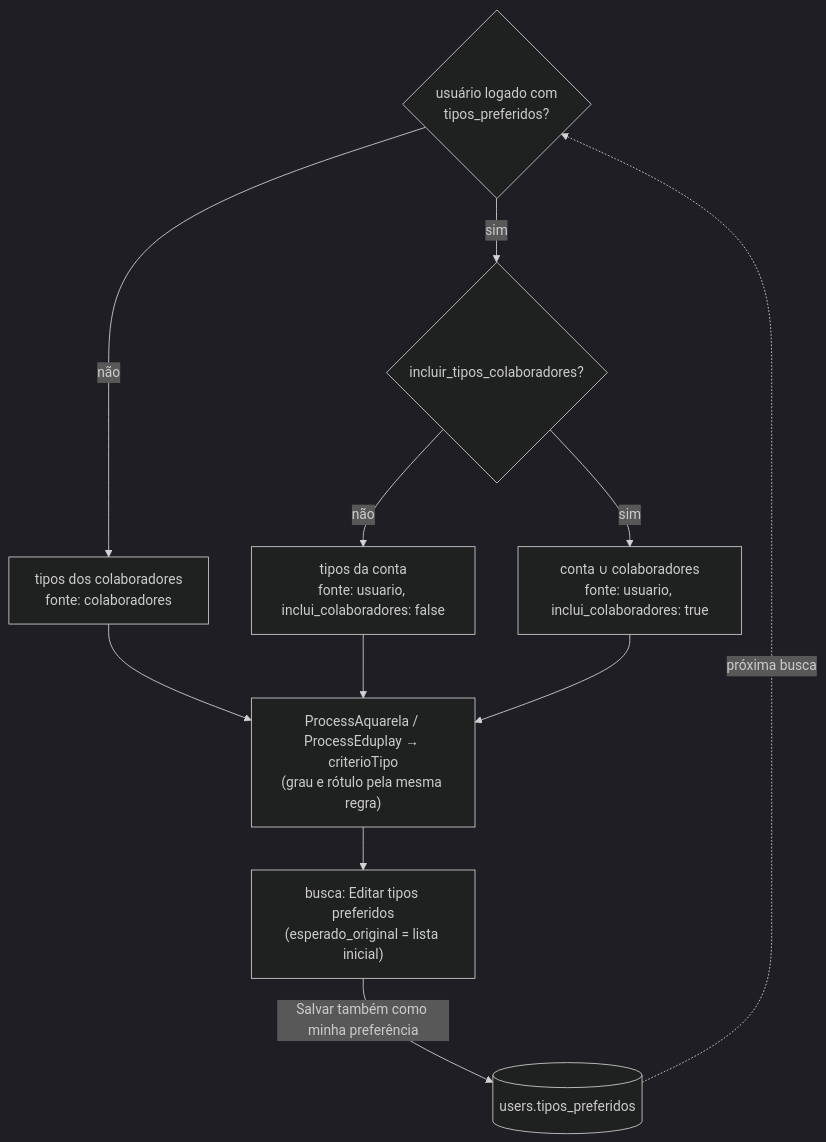
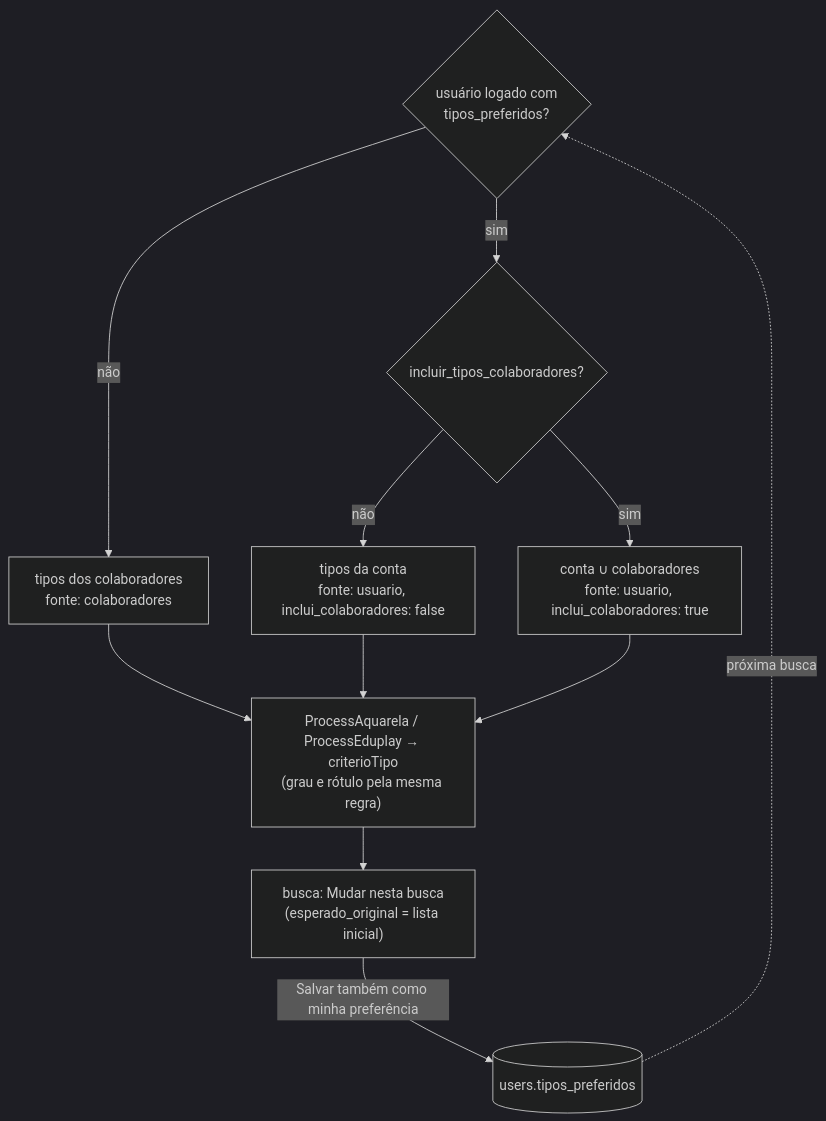
Before and after one commit to razimbrao/sis-read: the ninth of 9 diagrams in docs/plano-escrutabilidade.md, drawn with Mermaid (dark theme). The commit also changed other lines of this file and 11 other files, not shown here.

````diff
--- a/docs/plano-escrutabilidade.md
+++ b/docs/plano-escrutabilidade.md
@@ -419,11 +419,11 @@
 ```mermaid
 flowchart TD
     U{"usuário logado com<br/>tipos_preferidos?"} -- não --> C["tipos dos colaboradores<br/>fonte: colaboradores"]
     U -- sim --> I{"incluir_tipos_colaboradores?"}
     I -- não --> S["tipos da conta<br/>fonte: usuario, inclui_colaboradores: false"]
     I -- sim --> UN["conta ∪ colaboradores<br/>fonte: usuario, inclui_colaboradores: true"]
     C & S & UN --> J["ProcessAquarela / ProcessEduplay → criterioTipo<br/>(grau e rótulo pela mesma regra)"]
-    J --> B["busca: Editar tipos preferidos<br/>(esperado_original = lista inicial)"]
+    J --> B["busca: Mudar nesta busca<br/>(esperado_original = lista inicial)"]
     B -- "Salvar também como minha preferência" --> CT[("users.tipos_preferidos")]
     CT -. próxima busca .-> U
 ```
````
